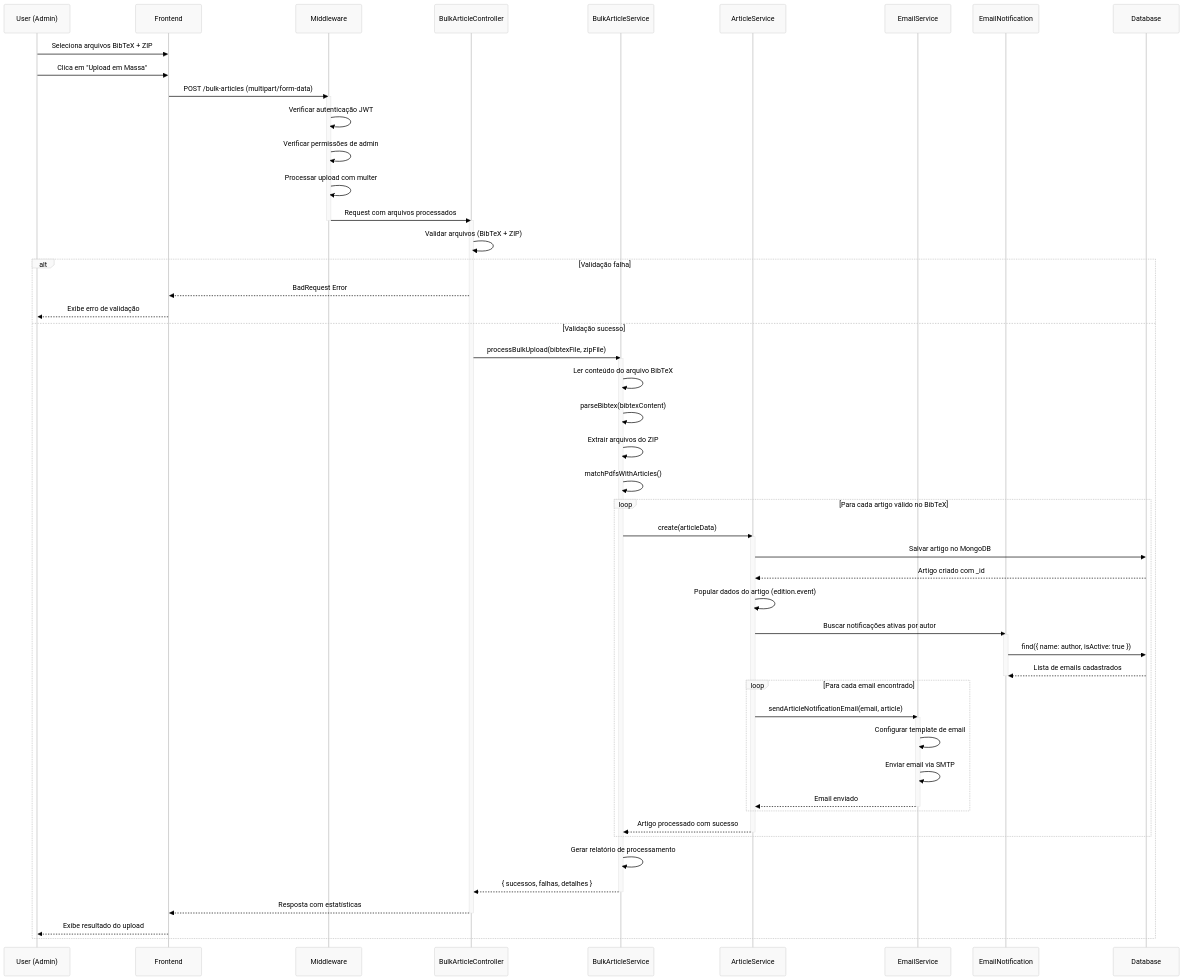
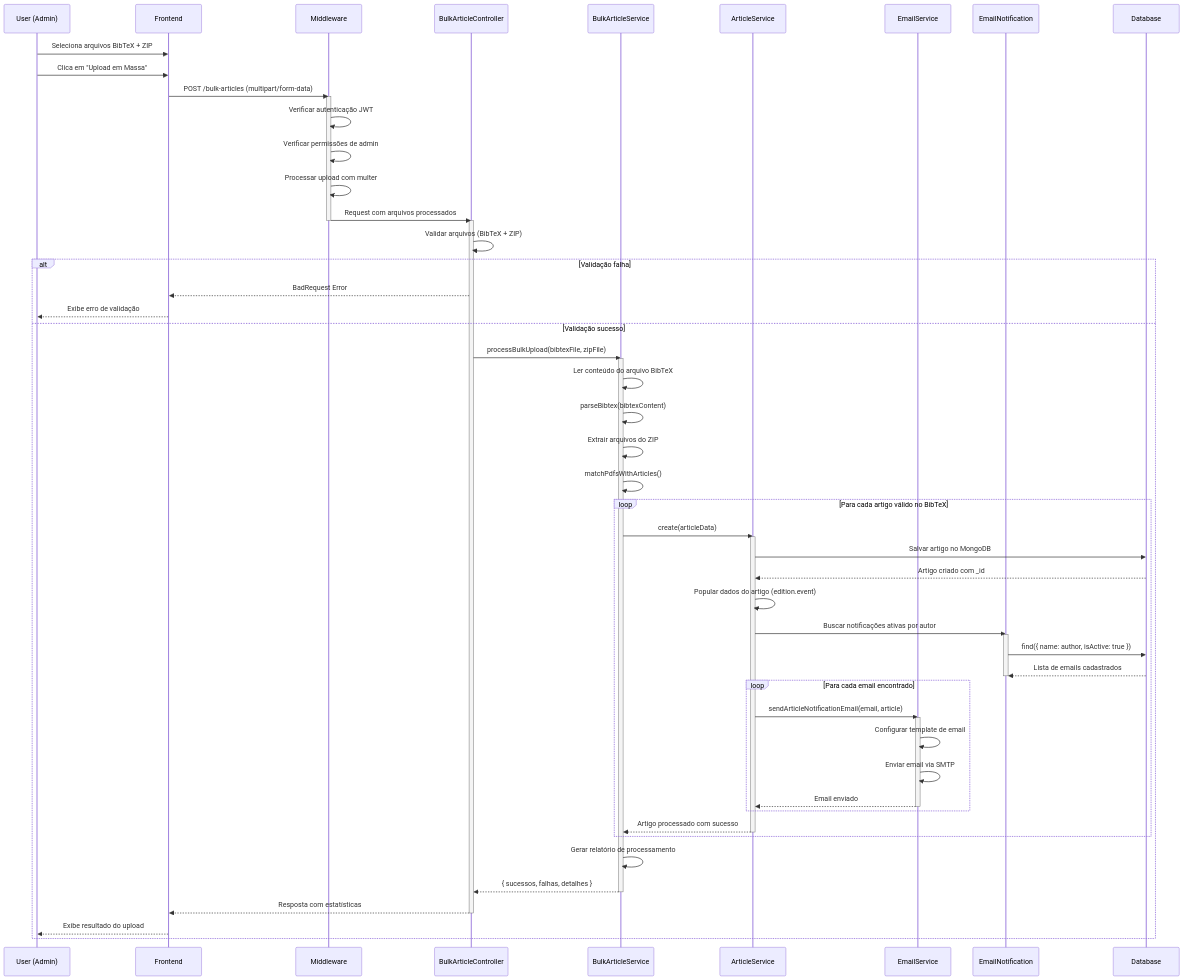
One commit to RaviHector/biblioteca-digital changed the second of 3 diagrams in DIAGRAMAS_UML.md. Above: the diagram before and after it, drawn with Mermaid. The commit also changed other lines of this file, not shown here.

````diff
--- a/DIAGRAMAS_UML.md
+++ b/DIAGRAMAS_UML.md
@@ -161,77 +160,76 @@
 ```mermaid
-%%{init: {'theme':'base', 'themeVariables': {'background': '#ffffff', 'primaryColor': '#f9f9f9', 'primaryTextColor': '#000000', 'primaryBorderColor': '#cccccc', 'lineColor': '#333333'}}}%%
 sequenceDiagram
     participant U as User (Admin)
     participant F as Frontend
     participant M as Middleware
     participant C as BulkArticleController
     participant BS as BulkArticleService
     participant AS as ArticleService
     participant ES as EmailService
     participant EN as EmailNotification
     participant DB as Database
 
     U->>F: Seleciona arquivos BibTeX + ZIP
     U->>F: Clica em "Upload em Massa"
     F->>M: POST /bulk-articles (multipart/form-data)
-    
+
     activate M
     M->>M: Verificar autenticação JWT
     M->>M: Verificar permissões de admin
     M->>M: Processar upload com multer
     M->>C: Request com arquivos processados
     deactivate M
-    
+
     activate C
     C->>C: Validar arquivos (BibTeX + ZIP)
-    
+
     alt Validação falha
         C-->>F: BadRequest Error
         F-->>U: Exibe erro de validação
     else Validação sucesso
         C->>BS: processBulkUpload(bibtexFile, zipFile)
-        
+
         activate BS
         BS->>BS: Ler conteúdo do arquivo BibTeX
         BS->>BS: parseBibtex(bibtexContent)
         BS->>BS: Extrair arquivos do ZIP
         BS->>BS: matchPdfsWithArticles()
-        
+
         loop Para cada artigo válido no BibTeX
             BS->>AS: create(articleData)
-            
+
             activate AS
             AS->>DB: Salvar artigo no MongoDB
             DB-->>AS: Artigo criado com _id
-            
+
             AS->>AS: Popular dados do artigo (edition.event)
             AS->>EN: Buscar notificações ativas por autor
-            
+
             activate EN
             EN->>DB: find({ name: author, isActive: true })
             DB-->>EN: Lista de emails cadastrados
             deactivate EN
-            
+
             loop Para cada email encontrado
                 AS->>ES: sendArticleNotificationEmail(email, article)
-                
+
                 activate ES
                 ES->>ES: Configurar template de email
                 ES->>ES: Enviar email via SMTP
                 ES-->>AS: Email enviado
                 deactivate ES
             end
-            
+
             AS-->>BS: Artigo processado com sucesso
             deactivate AS
         end
-        
+
         BS->>BS: Gerar relatório de processamento
         BS-->>C: { sucessos, falhas, detalhes }
         deactivate BS
-        
+
         C-->>F: Resposta com estatísticas
         deactivate C
         F-->>U: Exibe resultado do upload
     end
 ```
````
